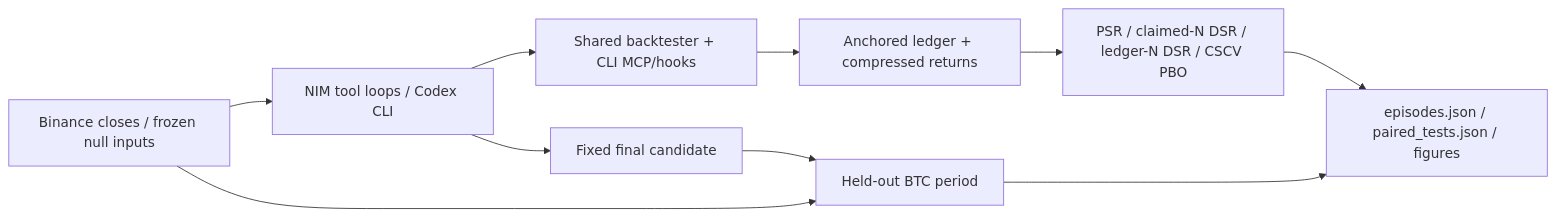
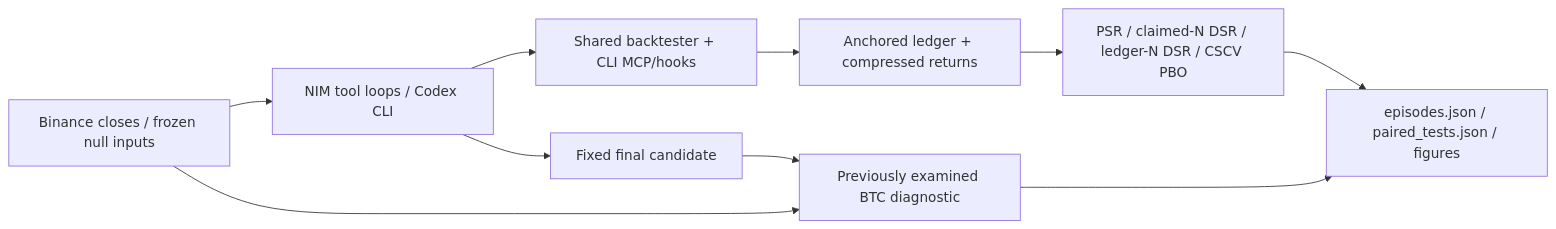
One commit to ncoprod/trial-ledger changed the diagram in README.md. Above: the diagram before and after it, drawn with Mermaid. The commit also changed other lines of this file and 2 other files, not shown here.

````diff
--- a/README.md
+++ b/README.md
@@ -27,12 +27,12 @@
 ```mermaid
 flowchart LR
     D["Binance closes / frozen null inputs"] --> A["NIM tool loops / Codex CLI"]
     A --> M["Shared backtester + CLI MCP/hooks"]
     M --> L["Anchored ledger + compressed returns"]
     L --> E["PSR / claimed-N DSR / ledger-N DSR / CSCV PBO"]
     E --> R["episodes.json / paired_tests.json / figures"]
-    D --> H["Held-out BTC period"]
+    D --> H["Previously examined BTC diagnostic"]
     A --> F["Fixed final candidate"]
     F --> H
     H --> R
 ```
````
